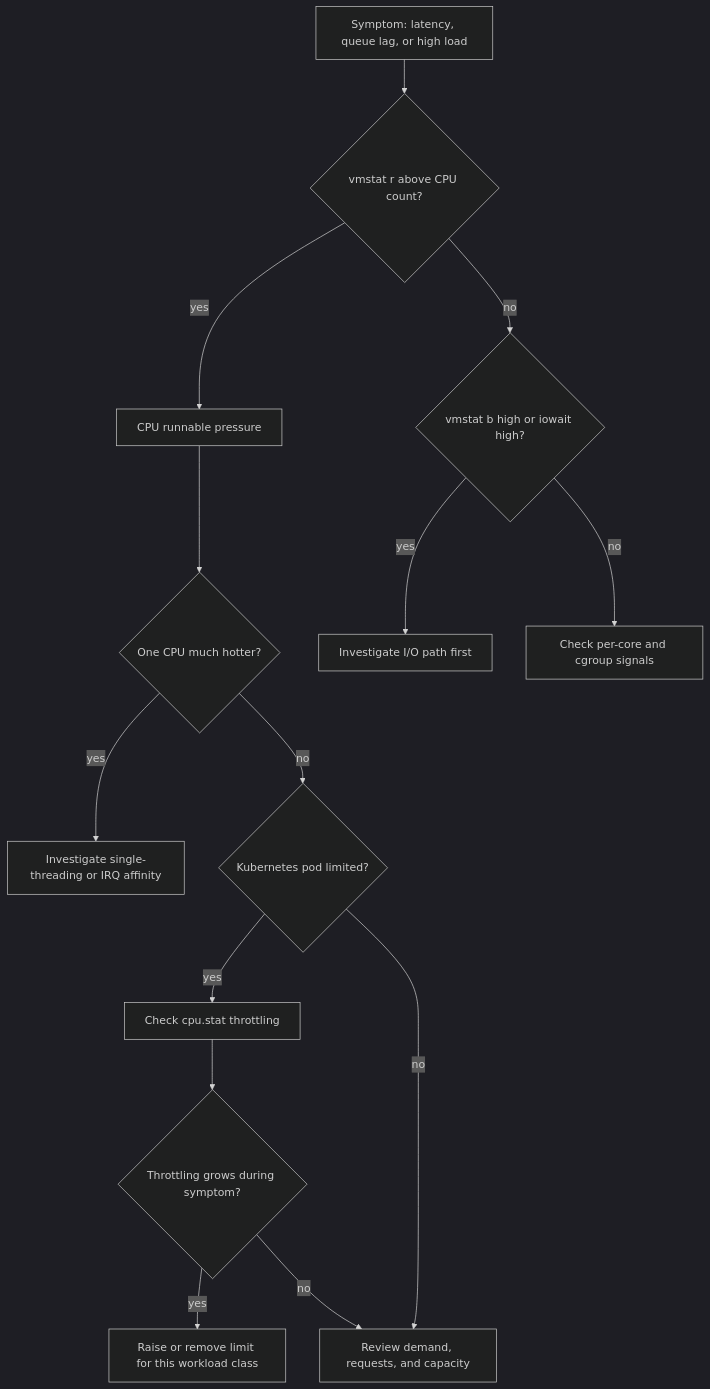
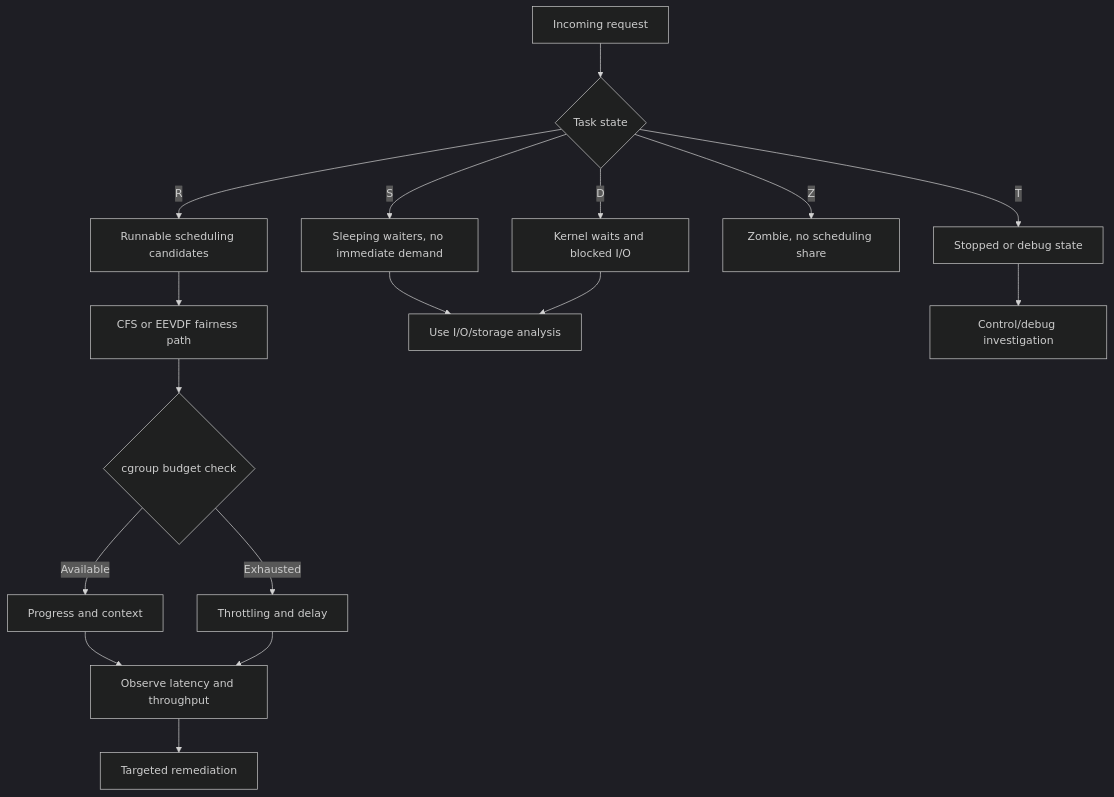
The first of 4 diagrams in src/content/docs/linux/operations/performance/module-5.2-cpu-scheduling.md (kube-dojo/kube-dojo), drawn with Mermaid (dark theme) before and after one commit. The commit also changed other lines of this file, not shown here.

Commit message:
feat(content): T0 rewrite — Linux Operations CPU & Scheduling (#197) (#1467)

````diff
--- a/src/content/docs/linux/operations/performance/module-5.2-cpu-scheduling.md
+++ b/src/content/docs/linux/operations/performance/module-5.2-cpu-scheduling.md
@@ -512,16 +34,19 @@
 ```mermaid
-flowchart TD
-    A[Symptom: latency, queue lag, or high load] --> B{vmstat r above CPU count?}
-    B -- yes --> C[CPU runnable pressure]
-    B -- no --> D{vmstat b high or iowait high?}
-    D -- yes --> E[Investigate I/O path first]
-    D -- no --> F[Check per-core and cgroup signals]
-    C --> G{One CPU much hotter?}
-    G -- yes --> H[Investigate single-threading or IRQ affinity]
-    G -- no --> I{Kubernetes pod limited?}
-    I -- yes --> J[Check cpu.stat throttling]
-    I -- no --> K[Review demand, requests, and capacity]
-    J --> L{Throttling grows during symptom?}
-    L -- yes --> M[Raise or remove limit for this workload class]
-    L -- no --> K
+graph TD
+    A[Incoming request] --> B{Task state}
+    B -->|R| C[Runnable scheduling candidates]
+    B -->|S| D[Sleeping waiters, no immediate demand]
+    B -->|D| E[Kernel waits and blocked I/O]
+    B -->|Z| F[Zombie, no scheduling share]
+    B -->|T| G[Stopped or debug state]
+    C --> H[CFS or EEVDF fairness path]
+    H --> I{cgroup budget check}
+    I -->|Available| J[Progress and context]
+    I -->|Exhausted| K[Throttling and delay]
+    D --> L[Use I/O/storage analysis]
+    E --> L
+    G --> M[Control/debug investigation]
+    J --> N[Observe latency and throughput]
+    K --> N
+    N --> O[Targeted remediation]
 ```
````
